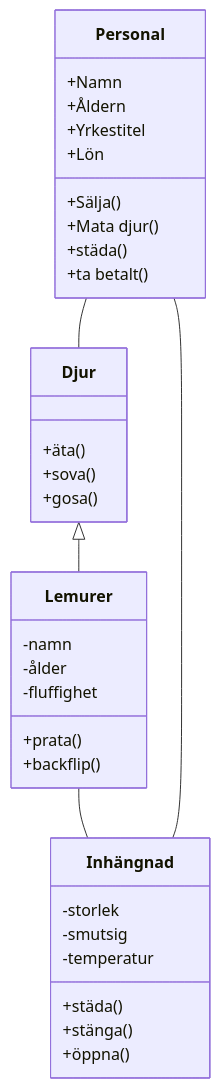
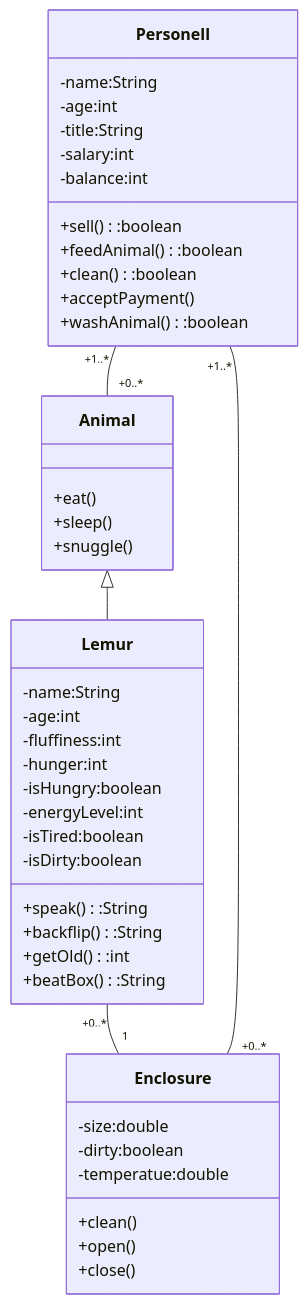
Before and after one commit to lundgren98/Zoo: the diagram in DESIGN.md, drawn with Mermaid.

Commit message:
Now in English with cardinality.
With help from everyone.

````diff
--- a/DESIGN.md
+++ b/DESIGN.md
@@ -30,37 +30,46 @@
 ```mermaid
 classDiagram
-    Djur <|-- Lemurer
-    Lemurer -- Inhängnad
-    Personal -- Inhängnad
-    Personal -- Djur
-    class Djur {
-        +äta()
-        +sova()
-        +gosa()
+    Animal <|-- Lemur
+    Lemur "+0..*" -- "1" Enclosure
+    Personell "+1..*" -- "+0..*"  Enclosure
+    Personell "+1..*" -- "+0..*" Animal
+    class Animal {
+        +eat()
+        +sleep()
+        +snuggle()
     }
-    class Lemurer {
-        -namn
-        -ålder
-        -fluffighet
-        +prata()
-        +backflip()
+    class Lemur {
+        -name:String
+        -age:int
+        -fluffiness:int
+	    -hunger:int
+	    -isHungry:boolean
+	    -energyLevel:int
+	    -isTired:boolean
+	    -isDirty:boolean
+        +speak():String
+        +backflip():String
+	    +getOld():int
+	    +beatBox():String
     }
-    class Inhängnad {
-        -storlek
-        -smutsig
-        -temperatur
-        +städa()
-        +stänga()
-        +öppna()
+    class Enclosure {
+        -size:double
+        -dirty:boolean
+        -temperatue:double
+        +clean()
+        +open()
+        +close()
     }
-    class Personal {
-        +Namn
-        +Åldern
-        +Yrkestitel
-        +Lön
-        +Sälja()
-        +Mata djur()
-        +städa()
-        +ta betalt()
+    class Personell {
+        -name:String
+        -age:int
+        -title:String
+        -salary:int
+        -balance:int
+        +sell():boolean
+        +feedAnimal():boolean
+        +clean():boolean
+        +acceptPayment()
+        +washAnimal():boolean
     }
 ```
````
